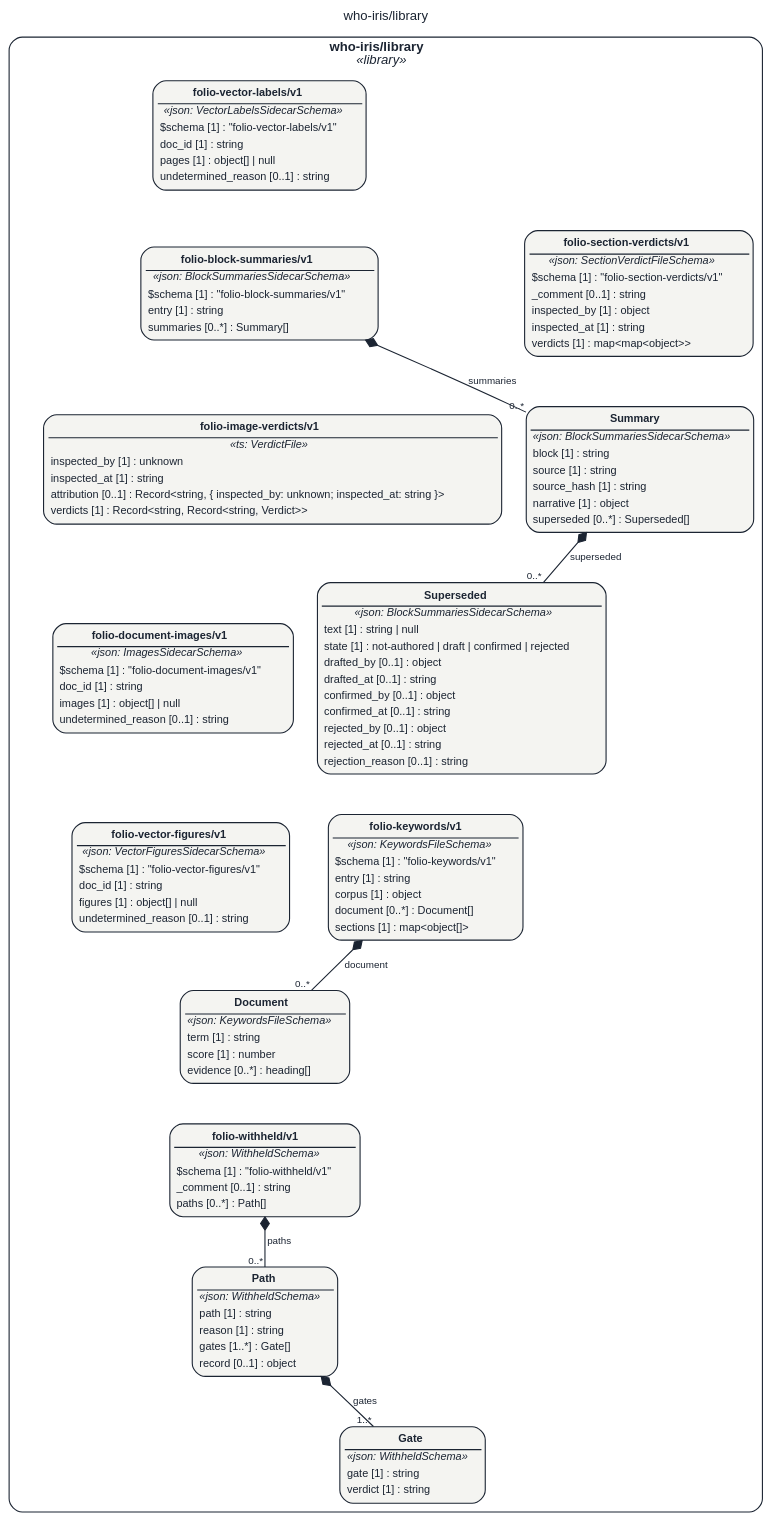
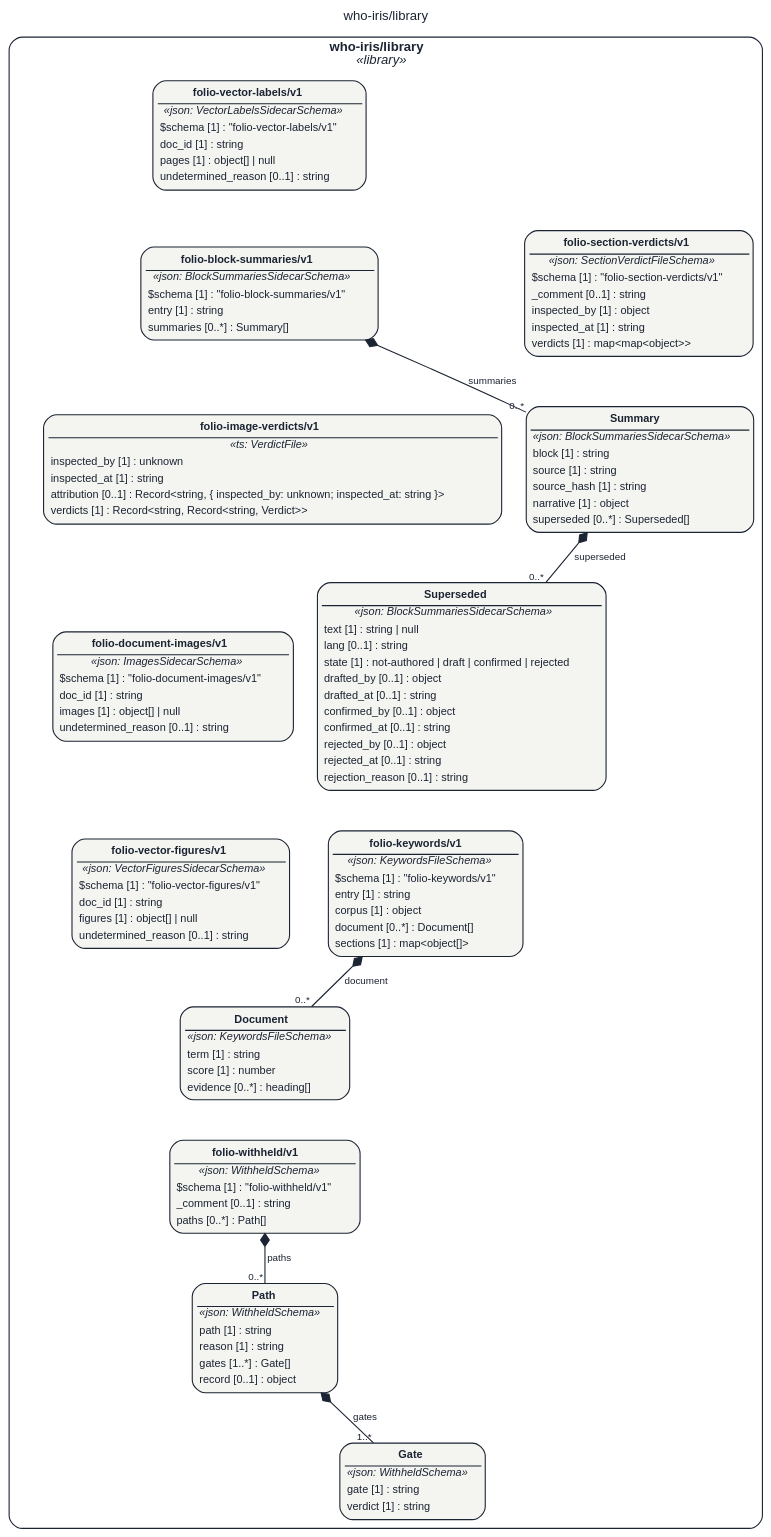
One commit to litlfred/folio-assistant changed the diagram in STAGING/claude-repin-urat-2026-10-20/assets/img/uml/overview/who-iris/library.dot. Above: the diagram before and after it, drawn with Graphviz. The commit also changed 3650 other files, not shown here.

```diff
--- a/STAGING/claude-repin-urat-2026-10-20/assets/img/uml/overview/who-iris/library.dot
+++ b/STAGING/claude-repin-urat-2026-10-20/assets/img/uml/overview/who-iris/library.dot
@@ -1,37 +1,37 @@
 // GENERATED by cat-harness-tools/scripts/gen-uml-overview.ts — do not edit.
 // Rendered page (interactive view, same model): https://litlfred.github.io/folio-assistant/uml/overview/who-iris/library.html
 digraph "who_iris_library" {
   graph [label="who-iris/library", labelloc=t, fontname="Helvetica", fontsize=12, fontcolor="#1b2432", newrank=true, ratio=auto, nodesep=0.3, ranksep=0.5, bgcolor="transparent"];
   node [shape=box, style="rounded,filled", margin=0.05, fontname="Helvetica", fontsize=10, color="#1b2432", fontcolor="#1b2432"];
   edge [color="#1b2432", fontcolor="#1b2432", fontname="Helvetica", fontsize=9];
   subgraph "cluster_pkg_who_iris_library" {
     label=<<b>who-iris/library</b><br/><i>«library»</i>>; style="rounded"; color="#1b2432"; class="fa_uml_subgraph";
     "who_iris_library_folio_document_images_v1_folio_document_images_v1" [fillcolor="#f4f4f1", class="fa_uml_kind_library", label=<<table border="0" cellborder="0" cellspacing="0" cellpadding="2"><tr><td border="1" sides="b"><b>folio-document-images/v1</b></td></tr><tr><td><i>«json: ImagesSidecarSchema»</i></td></tr><tr><td align="left">$schema [1] : &quot;folio-document-images/v1&quot;</td></tr><tr><td align="left">doc_id [1] : string</td></tr><tr><td align="left">images [1] : object[] | null</td></tr><tr><td align="left">undetermined_reason [0..1] : string</td></tr></table>>];
     "who_iris_library_folio_image_verdicts_v1" [fillcolor="#f4f4f1", class="fa_uml_kind_library", label=<<table border="0" cellborder="0" cellspacing="0" cellpadding="2"><tr><td border="1" sides="b"><b>folio-image-verdicts/v1</b></td></tr><tr><td><i>«ts: VerdictFile»</i></td></tr><tr><td align="left">inspected_by [1] : unknown</td></tr><tr><td align="left">inspected_at [1] : string</td></tr><tr><td align="left">attribution [0..1] : Record&lt;string, { inspected_by: unknown; inspected_at: string }&gt;</td></tr><tr><td align="left">verdicts [1] : Record&lt;string, Record&lt;string, Verdict&gt;&gt;</td></tr></table>>];
     "who_iris_library_folio_section_verdicts_v1_folio_section_verdicts_v1" [fillcolor="#f4f4f1", class="fa_uml_kind_library", label=<<table border="0" cellborder="0" cellspacing="0" cellpadding="2"><tr><td border="1" sides="b"><b>folio-section-verdicts/v1</b></td></tr><tr><td><i>«json: SectionVerdictFileSchema»</i></td></tr><tr><td align="left">$schema [1] : &quot;folio-section-verdicts/v1&quot;</td></tr><tr><td align="left">_comment [0..1] : string</td></tr><tr><td align="left">inspected_by [1] : object</td></tr><tr><td align="left">inspected_at [1] : string</td></tr><tr><td align="left">verdicts [1] : map&lt;map&lt;object&gt;&gt;</td></tr></table>>];
     "who_iris_library_folio_vector_labels_v1_folio_vector_labels_v1" [fillcolor="#f4f4f1", class="fa_uml_kind_library", label=<<table border="0" cellborder="0" cellspacing="0" cellpadding="2"><tr><td border="1" sides="b"><b>folio-vector-labels/v1</b></td></tr><tr><td><i>«json: VectorLabelsSidecarSchema»</i></td></tr><tr><td align="left">$schema [1] : &quot;folio-vector-labels/v1&quot;</td></tr><tr><td align="left">doc_id [1] : string</td></tr><tr><td align="left">pages [1] : object[] | null</td></tr><tr><td align="left">undetermined_reason [0..1] : string</td></tr></table>>];
     "who_iris_library_folio_vector_figures_v1_folio_vector_figures_v1" [fillcolor="#f4f4f1", class="fa_uml_kind_library", label=<<table border="0" cellborder="0" cellspacing="0" cellpadding="2"><tr><td border="1" sides="b"><b>folio-vector-figures/v1</b></td></tr><tr><td><i>«json: VectorFiguresSidecarSchema»</i></td></tr><tr><td align="left">$schema [1] : &quot;folio-vector-figures/v1&quot;</td></tr><tr><td align="left">doc_id [1] : string</td></tr><tr><td align="left">figures [1] : object[] | null</td></tr><tr><td align="left">undetermined_reason [0..1] : string</td></tr></table>>];
-    "who_iris_library_folio_block_summaries_v1_Superseded" [fillcolor="#f4f4f1", class="fa_uml_kind_library", label=<<table border="0" cellborder="0" cellspacing="0" cellpadding="2"><tr><td border="1" sides="b"><b>Superseded</b></td></tr><tr><td><i>«json: BlockSummariesSidecarSchema»</i></td></tr><tr><td align="left">text [1] : string | null</td></tr><tr><td align="left">state [1] : not-authored | draft | confirmed | rejected</td></tr><tr><td align="left">drafted_by [0..1] : object</td></tr><tr><td align="left">drafted_at [0..1] : string</td></tr><tr><td align="left">confirmed_by [0..1] : object</td></tr><tr><td align="left">confirmed_at [0..1] : string</td></tr><tr><td align="left">rejected_by [0..1] : object</td></tr><tr><td align="left">rejected_at [0..1] : string</td></tr><tr><td align="left">rejection_reason [0..1] : string</td></tr></table>>];
+    "who_iris_library_folio_block_summaries_v1_Superseded" [fillcolor="#f4f4f1", class="fa_uml_kind_library", label=<<table border="0" cellborder="0" cellspacing="0" cellpadding="2"><tr><td border="1" sides="b"><b>Superseded</b></td></tr><tr><td><i>«json: BlockSummariesSidecarSchema»</i></td></tr><tr><td align="left">text [1] : string | null</td></tr><tr><td align="left">lang [0..1] : string</td></tr><tr><td align="left">state [1] : not-authored | draft | confirmed | rejected</td></tr><tr><td align="left">drafted_by [0..1] : object</td></tr><tr><td align="left">drafted_at [0..1] : string</td></tr><tr><td align="left">confirmed_by [0..1] : object</td></tr><tr><td align="left">confirmed_at [0..1] : string</td></tr><tr><td align="left">rejected_by [0..1] : object</td></tr><tr><td align="left">rejected_at [0..1] : string</td></tr><tr><td align="left">rejection_reason [0..1] : string</td></tr></table>>];
     "who_iris_library_folio_block_summaries_v1_Summary" [fillcolor="#f4f4f1", class="fa_uml_kind_library", label=<<table border="0" cellborder="0" cellspacing="0" cellpadding="2"><tr><td border="1" sides="b"><b>Summary</b></td></tr><tr><td><i>«json: BlockSummariesSidecarSchema»</i></td></tr><tr><td align="left">block [1] : string</td></tr><tr><td align="left">source [1] : string</td></tr><tr><td align="left">source_hash [1] : string</td></tr><tr><td align="left">narrative [1] : object</td></tr><tr><td align="left">superseded [0..*] : Superseded[]</td></tr></table>>];
     "who_iris_library_folio_block_summaries_v1_folio_block_summaries_v1" [fillcolor="#f4f4f1", class="fa_uml_kind_library", label=<<table border="0" cellborder="0" cellspacing="0" cellpadding="2"><tr><td border="1" sides="b"><b>folio-block-summaries/v1</b></td></tr><tr><td><i>«json: BlockSummariesSidecarSchema»</i></td></tr><tr><td align="left">$schema [1] : &quot;folio-block-summaries/v1&quot;</td></tr><tr><td align="left">entry [1] : string</td></tr><tr><td align="left">summaries [0..*] : Summary[]</td></tr></table>>];
     "who_iris_library_folio_keywords_v1_Document" [fillcolor="#f4f4f1", class="fa_uml_kind_library", label=<<table border="0" cellborder="0" cellspacing="0" cellpadding="2"><tr><td border="1" sides="b"><b>Document</b></td></tr><tr><td><i>«json: KeywordsFileSchema»</i></td></tr><tr><td align="left">term [1] : string</td></tr><tr><td align="left">score [1] : number</td></tr><tr><td align="left">evidence [0..*] : heading[]</td></tr></table>>];
     "who_iris_library_folio_keywords_v1_folio_keywords_v1" [fillcolor="#f4f4f1", class="fa_uml_kind_library", label=<<table border="0" cellborder="0" cellspacing="0" cellpadding="2"><tr><td border="1" sides="b"><b>folio-keywords/v1</b></td></tr><tr><td><i>«json: KeywordsFileSchema»</i></td></tr><tr><td align="left">$schema [1] : &quot;folio-keywords/v1&quot;</td></tr><tr><td align="left">entry [1] : string</td></tr><tr><td align="left">corpus [1] : object</td></tr><tr><td align="left">document [0..*] : Document[]</td></tr><tr><td align="left">sections [1] : map&lt;object[]&gt;</td></tr></table>>];
     "who_iris_library_folio_withheld_v1_Gate" [fillcolor="#f4f4f1", class="fa_uml_kind_library", label=<<table border="0" cellborder="0" cellspacing="0" cellpadding="2"><tr><td border="1" sides="b"><b>Gate</b></td></tr><tr><td><i>«json: WithheldSchema»</i></td></tr><tr><td align="left">gate [1] : string</td></tr><tr><td align="left">verdict [1] : string</td></tr></table>>];
     "who_iris_library_folio_withheld_v1_Path" [fillcolor="#f4f4f1", class="fa_uml_kind_library", label=<<table border="0" cellborder="0" cellspacing="0" cellpadding="2"><tr><td border="1" sides="b"><b>Path</b></td></tr><tr><td><i>«json: WithheldSchema»</i></td></tr><tr><td align="left">path [1] : string</td></tr><tr><td align="left">reason [1] : string</td></tr><tr><td align="left">gates [1..*] : Gate[]</td></tr><tr><td align="left">record [0..1] : object</td></tr></table>>];
     "who_iris_library_folio_withheld_v1_folio_withheld_v1" [fillcolor="#f4f4f1", class="fa_uml_kind_library", label=<<table border="0" cellborder="0" cellspacing="0" cellpadding="2"><tr><td border="1" sides="b"><b>folio-withheld/v1</b></td></tr><tr><td><i>«json: WithheldSchema»</i></td></tr><tr><td align="left">$schema [1] : &quot;folio-withheld/v1&quot;</td></tr><tr><td align="left">_comment [0..1] : string</td></tr><tr><td align="left">paths [0..*] : Path[]</td></tr></table>>];
   }
   "who_iris_library_folio_block_summaries_v1_Summary" -> "who_iris_library_folio_block_summaries_v1_Superseded" [dir=both, arrowtail=diamond, arrowhead=none, label="superseded", headlabel="0..*", class="fa_uml_composition"];
   "who_iris_library_folio_block_summaries_v1_folio_block_summaries_v1" -> "who_iris_library_folio_block_summaries_v1_Summary" [dir=both, arrowtail=diamond, arrowhead=none, label="summaries", headlabel="0..*", class="fa_uml_composition"];
   "who_iris_library_folio_keywords_v1_folio_keywords_v1" -> "who_iris_library_folio_keywords_v1_Document" [dir=both, arrowtail=diamond, arrowhead=none, label="document", headlabel="0..*", class="fa_uml_composition"];
   "who_iris_library_folio_withheld_v1_Path" -> "who_iris_library_folio_withheld_v1_Gate" [dir=both, arrowtail=diamond, arrowhead=none, label="gates", headlabel="1..*", class="fa_uml_composition"];
   "who_iris_library_folio_withheld_v1_folio_withheld_v1" -> "who_iris_library_folio_withheld_v1_Path" [dir=both, arrowtail=diamond, arrowhead=none, label="paths", headlabel="0..*", class="fa_uml_composition"];
   "who_iris_library_folio_document_images_v1_folio_document_images_v1" -> "who_iris_library_folio_vector_figures_v1_folio_vector_figures_v1" [style=invis, class="kg-graph-anchor"];
   "who_iris_library_folio_image_verdicts_v1" -> "who_iris_library_folio_block_summaries_v1_Superseded" [style=invis, class="kg-graph-anchor"];
   "who_iris_library_folio_section_verdicts_v1_folio_section_verdicts_v1" -> "who_iris_library_folio_block_summaries_v1_Summary" [style=invis, class="kg-graph-anchor"];
   "who_iris_library_folio_vector_labels_v1_folio_vector_labels_v1" -> "who_iris_library_folio_block_summaries_v1_folio_block_summaries_v1" [style=invis, class="kg-graph-anchor"];
   "who_iris_library_folio_vector_figures_v1_folio_vector_figures_v1" -> "who_iris_library_folio_keywords_v1_Document" [style=invis, class="kg-graph-anchor"];
   "who_iris_library_folio_block_summaries_v1_Superseded" -> "who_iris_library_folio_keywords_v1_folio_keywords_v1" [style=invis, class="kg-graph-anchor"];
   "who_iris_library_folio_block_summaries_v1_Summary" -> "who_iris_library_folio_withheld_v1_Gate" [style=invis, class="kg-graph-anchor"];
   "who_iris_library_folio_block_summaries_v1_folio_block_summaries_v1" -> "who_iris_library_folio_withheld_v1_Path" [style=invis, class="kg-graph-anchor"];
   "who_iris_library_folio_keywords_v1_Document" -> "who_iris_library_folio_withheld_v1_folio_withheld_v1" [style=invis, class="kg-graph-anchor"];
 }
```
